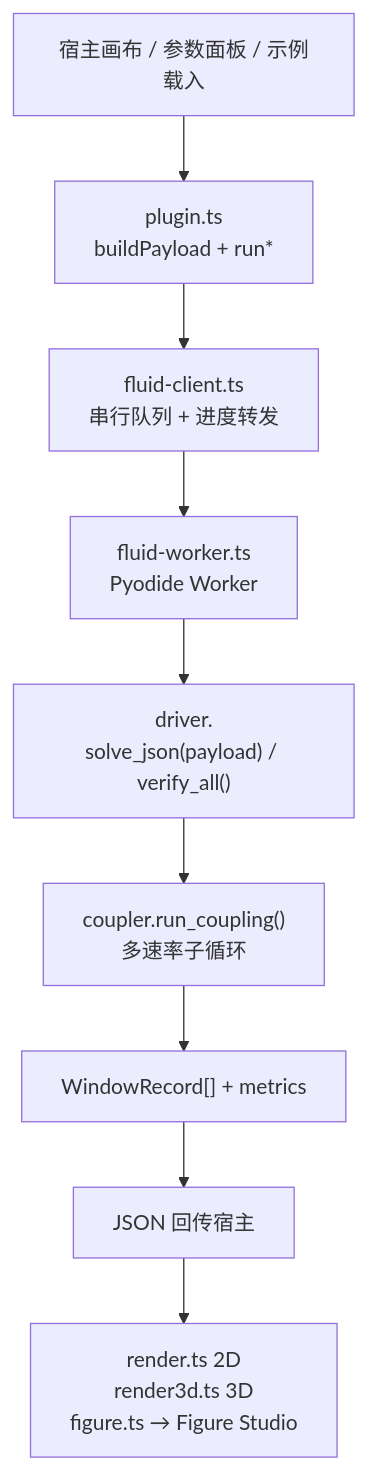
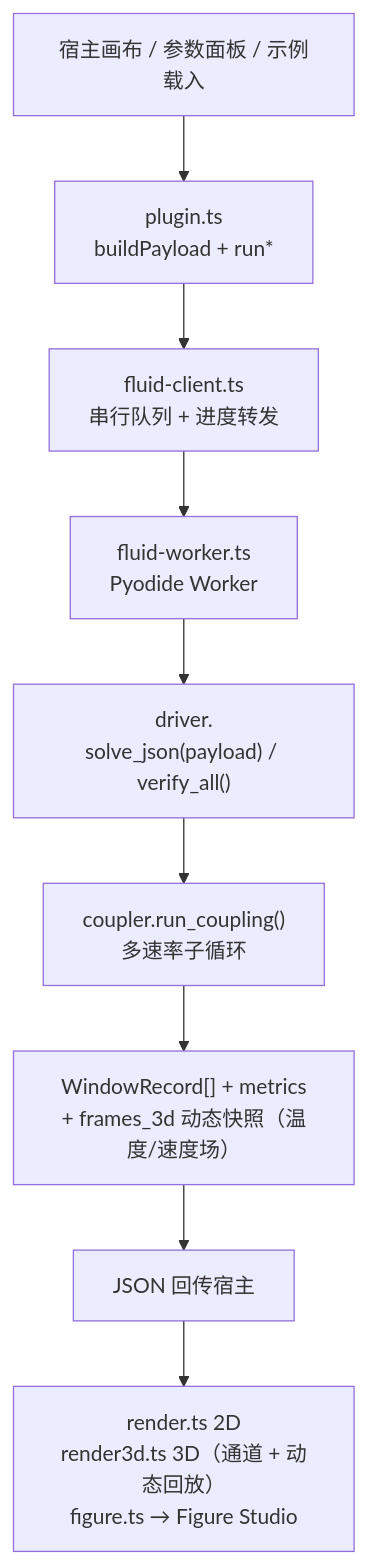
One commit to SnowLeopard-io/ErgalicsStudio changed the second of 2 diagrams in docs/technical/10-流体双向耦合求解器.md. Above: the diagram before and after it, drawn with Mermaid. The commit also changed other lines of this file and 18 other files, not shown here.

````diff
--- a/docs/technical/10-流体双向耦合求解器.md
+++ b/docs/technical/10-流体双向耦合求解器.md
@@ -209,11 +220,11 @@
 ```mermaid
 flowchart TD
     A["宿主画布 / 参数面板 / 示例载入"] --> B["plugin.ts<br/>buildPayload + run*"]
     B --> C["fluid-client.ts<br/>串行队列 + 进度转发"]
     C --> D["fluid-worker.ts<br/>Pyodide Worker"]
     D --> E["driver.<br/>solve_json(payload) / verify_all()"]
     E --> F["coupler.run_coupling()<br/>多速率子循环"]
-    F --> G["WindowRecord[] + metrics"]
+    F --> G["WindowRecord[] + metrics<br/>+ frames_3d 动态快照（温度/速度场）"]
     G --> H["JSON 回传宿主"]
-    H --> I["render.ts 2D<br/>render3d.ts 3D<br/>figure.ts → Figure Studio"]
+    H --> I["render.ts 2D<br/>render3d.ts 3D（通道 + 动态回放）<br/>figure.ts → Figure Studio"]
 ```
````
